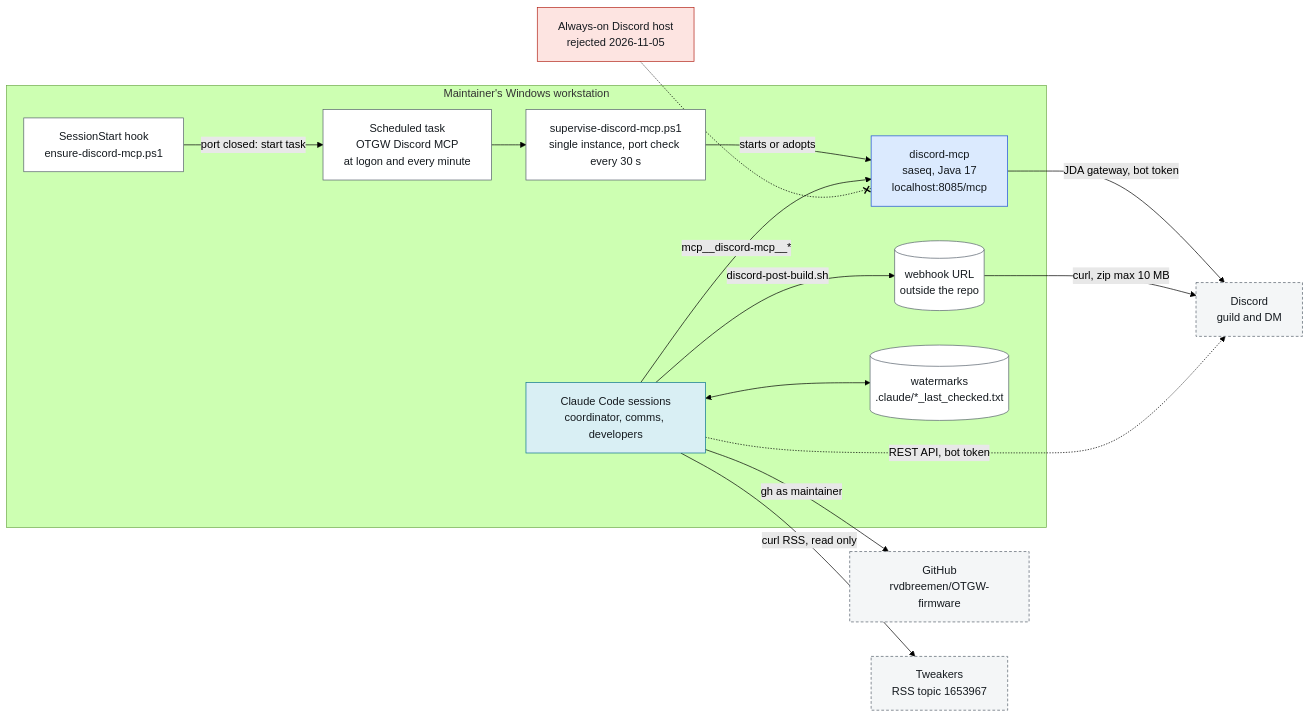
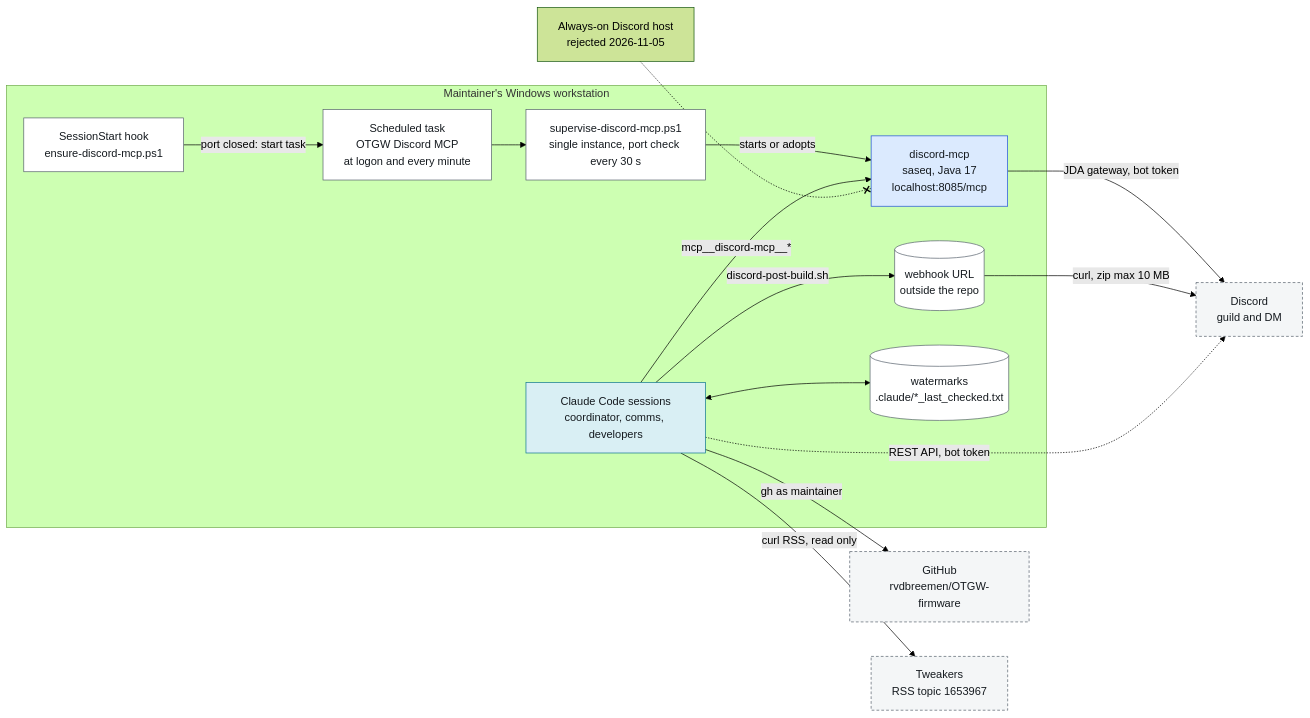
Before and after one commit to rvdbreemen/OTGW-firmware: diagram 14 of 50 in docs/process/agentic-setup.md, drawn with Mermaid (forest theme). The commit also changed other lines of this file and 1 other file, not shown here.

````diff
--- a/docs/process/agentic-setup.md
+++ b/docs/process/agentic-setup.md
@@ -955,30 +1026,30 @@
 ```mermaid
 flowchart LR
   classDef agent fill:#d9eff4,stroke:#0e7490,color:#151a1f
   classDef bot fill:#dbeafe,stroke:#1d4ed8,color:#151a1f
   classDef store fill:#ffffff,stroke:#56616c,color:#151a1f
   classDef ext fill:#f4f6f7,stroke:#56616c,color:#151a1f,stroke-dasharray:4 3
   classDef stop fill:#fde4e1,stroke:#b42318,color:#151a1f
   subgraph WS["Maintainer's Windows workstation"]
     TASK["Scheduled task<br/>OTGW Discord MCP<br/>at logon and every minute"]:::store
     SUP["supervise-discord-mcp.ps1<br/>single instance, port check every 30 s"]:::store
     MCP["discord-mcp<br/>saseq, Java 17<br/>localhost:8085/mcp"]:::bot
     HOOK["SessionStart hook<br/>ensure-discord-mcp.ps1"]:::store
     CC["Claude Code sessions<br/>coordinator, comms, developers"]:::agent
     WH[("webhook URL<br/>outside the repo")]:::store
     WM[("watermarks<br/>.claude/*_last_checked.txt")]:::store
   end
   DG["Discord<br/>guild and DM"]:::ext
   GH["GitHub<br/>rvdbreemen/OTGW-firmware"]:::ext
   TW["Tweakers<br/>RSS topic 1653967"]:::ext
-  HOST["Always-on Discord host<br/>rejected 2026-11-05"]:::stop
+  HOST["Always-on Discord host<br/>rejected 2026-11-05"]:::risk
   TASK --> SUP -->|"starts or adopts"| MCP
   HOOK -->|"port closed: start task"| TASK
   CC -->|"mcp__discord-mcp__*"| MCP -->|"JDA gateway, bot token"| DG
   CC -->|"discord-post-build.sh"| WH -->|"curl, zip max 10 MB"| DG
   CC -.->|"REST API, bot token"| DG
   CC -->|"gh as maintainer"| GH
   CC -->|"curl RSS, read only"| TW
   CC <--> WM
   HOST -.-x MCP
 ```
````
